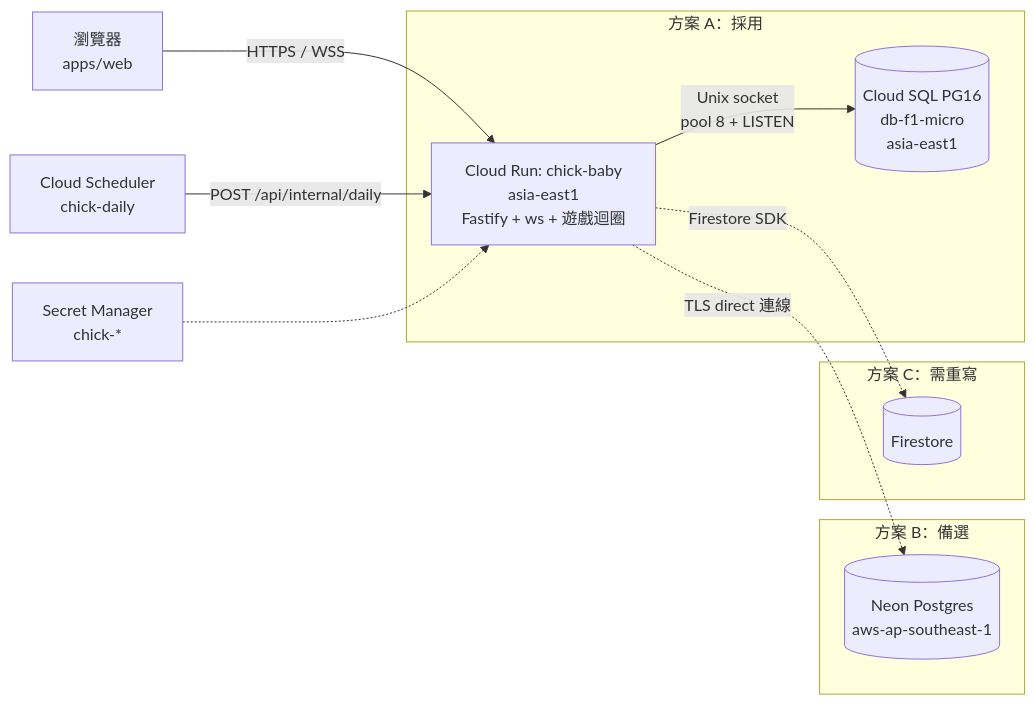
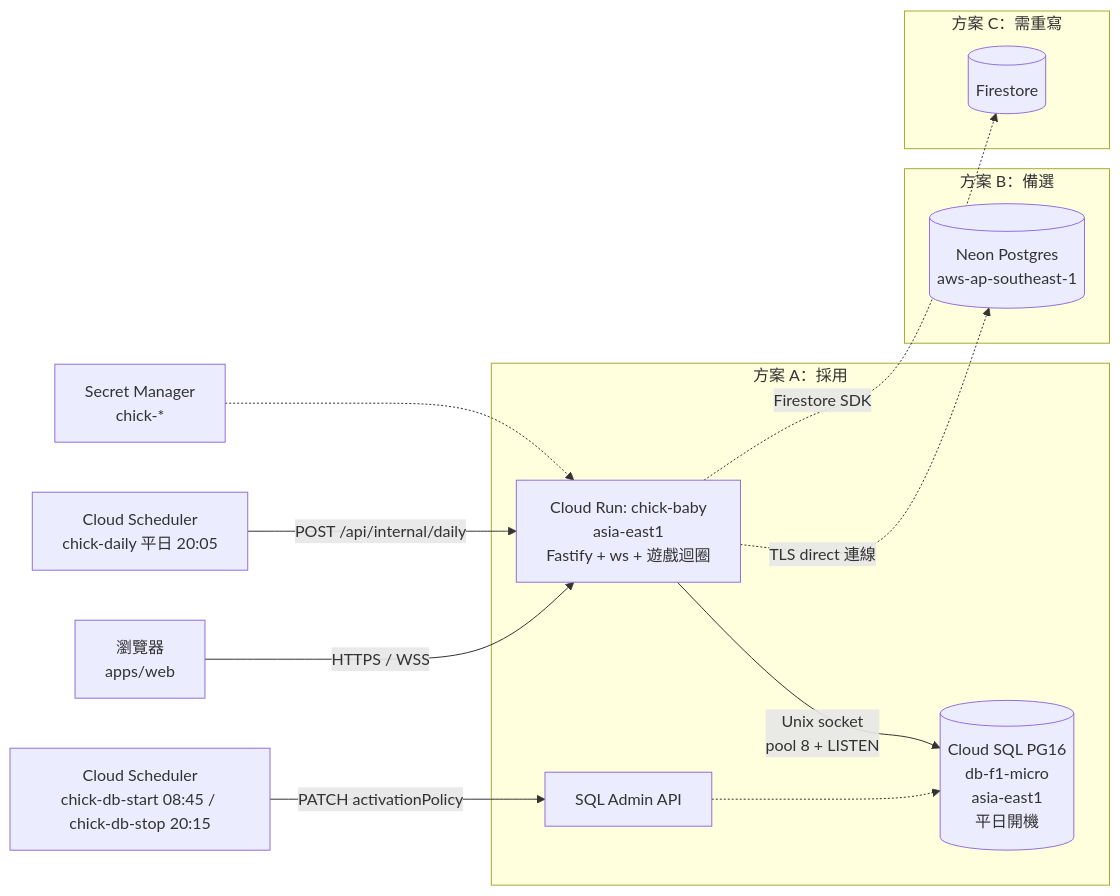
Before and after one commit to spigflying/chick-baby: the diagram in docs/gcp-plan.md, drawn with Mermaid. The commit also changed other lines of this file and 2 other files, not shown here.

First line of the commit message:
Weekday-only play hours (09:00-20:00) with Cloud SQL stopped off-hours

````diff
--- a/docs/gcp-plan.md
+++ b/docs/gcp-plan.md
@@ -81,16 +80,18 @@
 ```mermaid
 flowchart LR
   U[瀏覽器<br/>apps/web] -- HTTPS / WSS --> CR[Cloud Run: chick-baby<br/>asia-east1<br/>Fastify + ws + 遊戲迴圈]
-  CS[Cloud Scheduler<br/>chick-daily] -- POST /api/internal/daily --> CR
+  CS1[Cloud Scheduler<br/>chick-daily 平日 20:05] -- POST /api/internal/daily --> CR
+  CS2[Cloud Scheduler<br/>chick-db-start 08:45 / chick-db-stop 20:15] -- PATCH activationPolicy --> SQLADMIN[SQL Admin API]
   SM[Secret Manager<br/>chick-*] -.-> CR
 
   subgraph A[方案 A：採用]
-    CR -- Unix socket<br/>pool 8 + LISTEN --> SQL[(Cloud SQL PG16<br/>db-f1-micro<br/>asia-east1)]
+    CR -- Unix socket<br/>pool 8 + LISTEN --> SQL[(Cloud SQL PG16<br/>db-f1-micro<br/>asia-east1<br/>平日開機)]
+    SQLADMIN -.-> SQL
   end
   subgraph B[方案 B：備選]
     CR -. TLS direct 連線 .-> NEON[(Neon Postgres<br/>aws-ap-southeast-1)]
   end
   subgraph C[方案 C：需重寫]
     CR -. Firestore SDK .-> FS[(Firestore)]
   end
 ```
````
